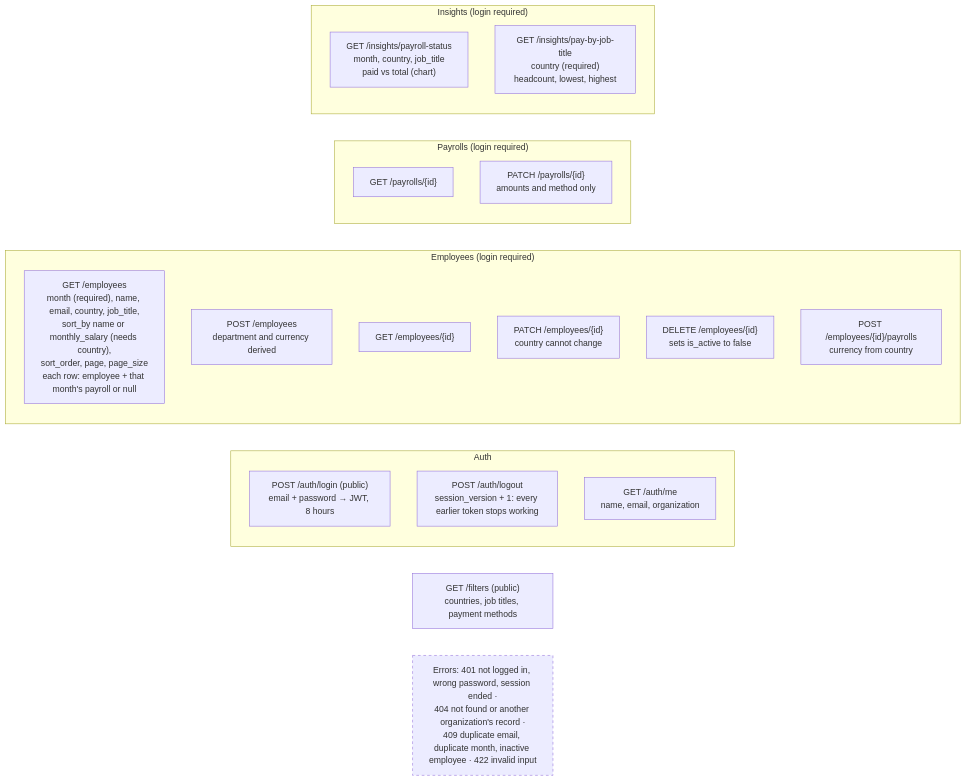
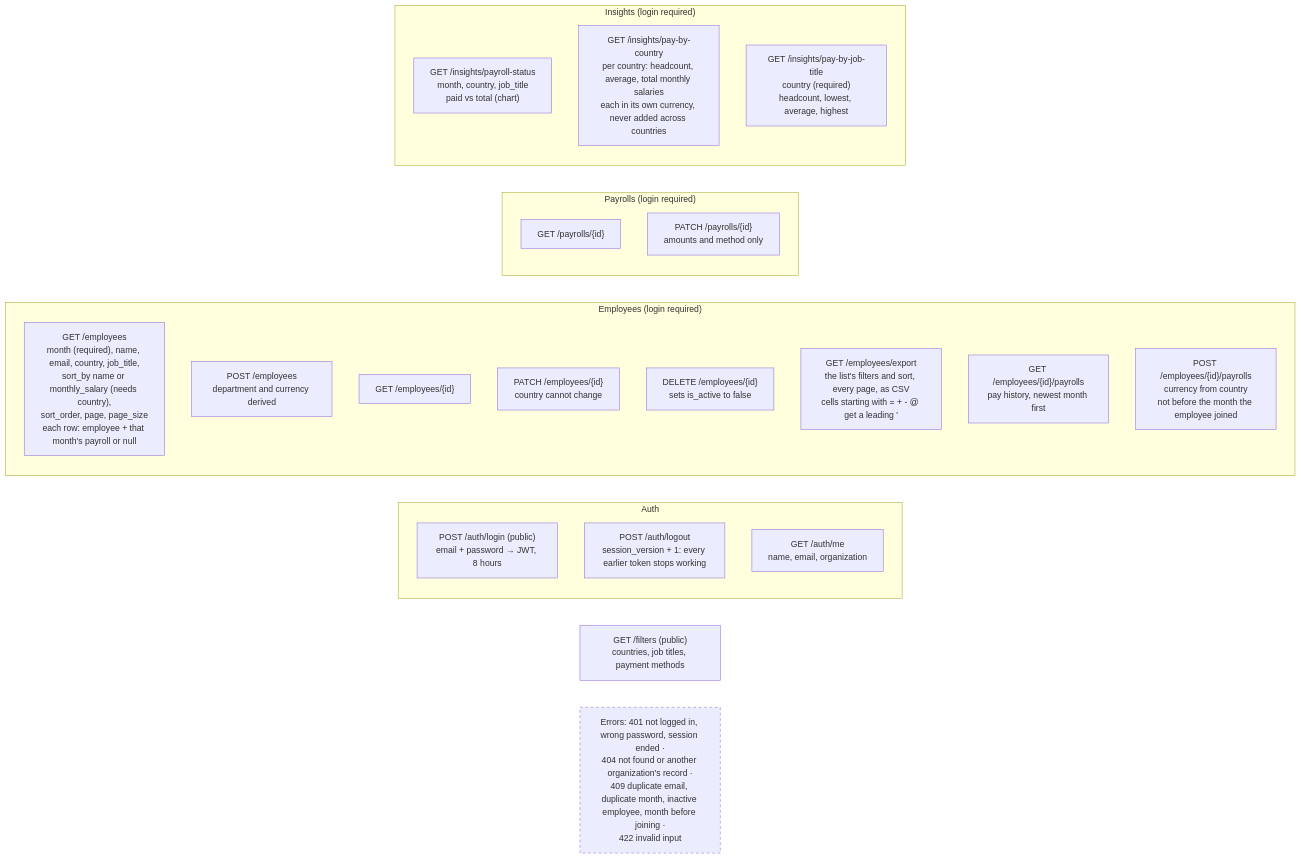
The second of 5 diagrams in artifacts/DIAGRAMS.md (DaX-523/incubyte_salary_mgmt), drawn with Mermaid before and after one commit. The commit also changed other lines of this file and 1 other file, not shown here.

Commit message:
update diagrams

````diff
--- a/artifacts/DIAGRAMS.md
+++ b/artifacts/DIAGRAMS.md
@@ -66,33 +67,36 @@
 ```mermaid
 flowchart LR
     subgraph auth["Auth"]
         login["POST /auth/login (public)<br/>email + password → JWT, 8 hours"]
         logout["POST /auth/logout<br/>session_version + 1: every earlier token stops working"]
         me["GET /auth/me<br/>name, email, organization"]
     end
 
     subgraph employees["Employees (login required)"]
         list["GET /employees<br/>month (required), name, email, country, job_title,<br/>sort_by name or monthly_salary (needs country),<br/>sort_order, page, page_size<br/>each row: employee + that month's payroll or null"]
         create["POST /employees<br/>department and currency derived"]
         read["GET /employees/{id}"]
         update["PATCH /employees/{id}<br/>country cannot change"]
         deactivate["DELETE /employees/{id}<br/>sets is_active to false"]
-        pay["POST /employees/{id}/payrolls<br/>currency from country"]
+        exportCsv["GET /employees/export<br/>the list's filters and sort, every page, as CSV<br/>cells starting with = + - @ get a leading '"]
+        history["GET /employees/{id}/payrolls<br/>pay history, newest month first"]
+        pay["POST /employees/{id}/payrolls<br/>currency from country<br/>not before the month the employee joined"]
     end
 
     subgraph payrolls["Payrolls (login required)"]
         payroll["GET /payrolls/{id}"]
         correct["PATCH /payrolls/{id}<br/>amounts and method only"]
     end
 
     subgraph insights["Insights (login required)"]
         status["GET /insights/payroll-status<br/>month, country, job_title<br/>paid vs total (chart)"]
-        byTitle["GET /insights/pay-by-job-title<br/>country (required)<br/>headcount, lowest, highest"]
+        byCountry["GET /insights/pay-by-country<br/>per country: headcount, average, total monthly salaries<br/>each in its own currency, never added across countries"]
+        byTitle["GET /insights/pay-by-job-title<br/>country (required)<br/>headcount, lowest, average, highest"]
     end
 
     filters["GET /filters (public)<br/>countries, job titles, payment methods"]
 
-    errors["Errors: 401 not logged in, wrong password, session ended ·<br/>404 not found or another organization's record ·<br/>409 duplicate email, duplicate month, inactive employee · 422 invalid input"]
+    errors["Errors: 401 not logged in, wrong password, session ended ·<br/>404 not found or another organization's record ·<br/>409 duplicate email, duplicate month, inactive employee, month before joining ·<br/>422 invalid input"]
 
     style errors stroke-dasharray: 5 5
 ```
````
